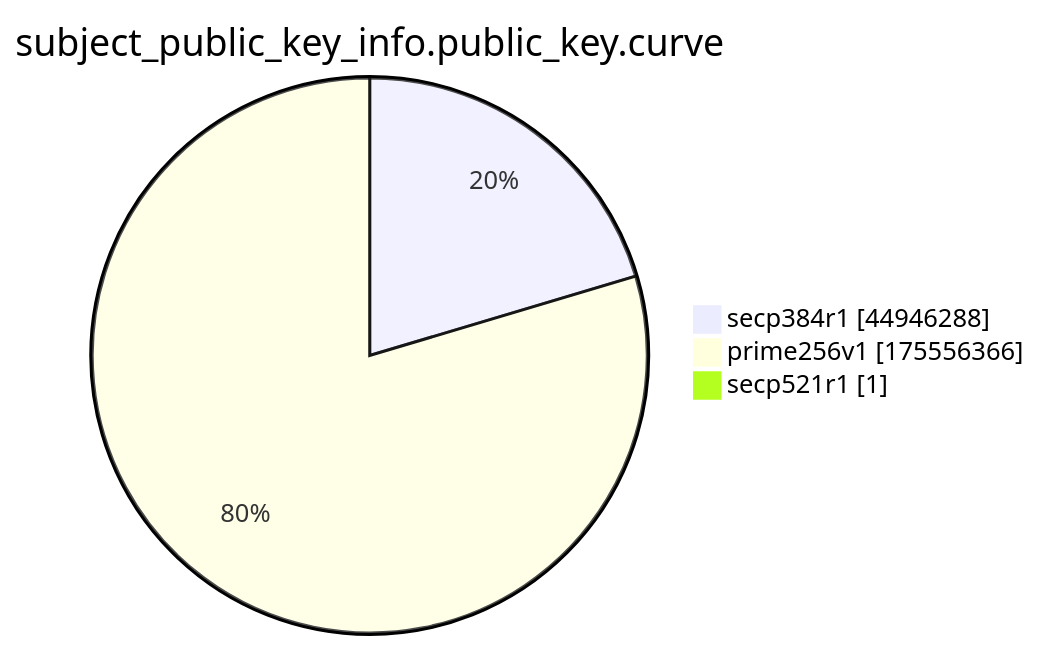
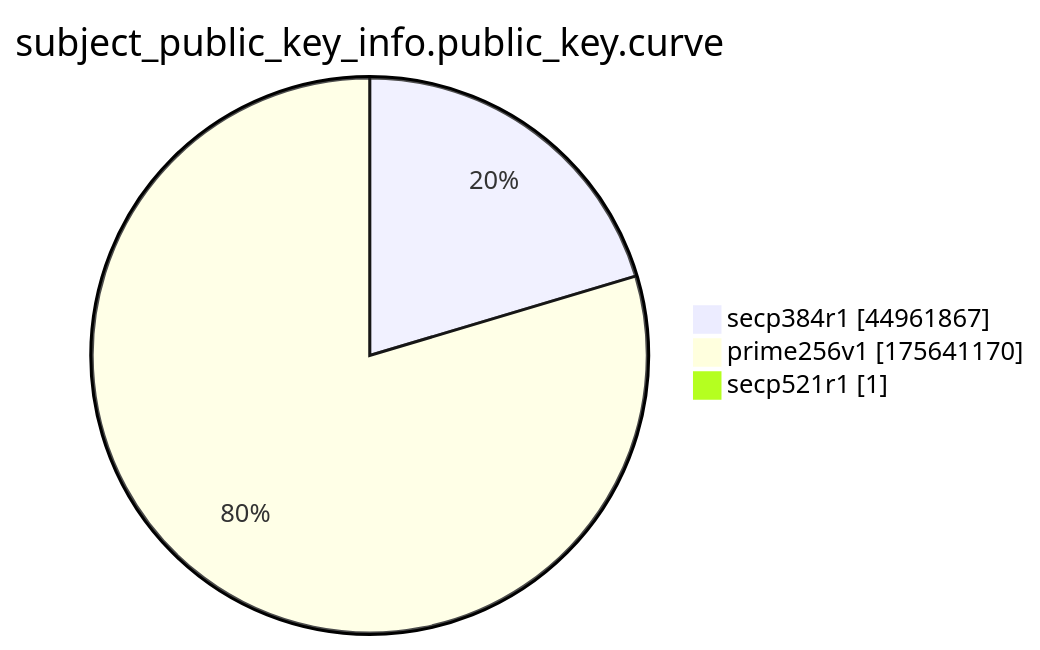
One commit to christiankrug/ctmonitor_visualization changed the ninth of 15 diagrams in xenon2022/README.md. Above: the diagram before and after it, drawn with Mermaid. The commit also changed other lines of this file, not shown here.

````diff
--- a/xenon2022/README.md
+++ b/xenon2022/README.md
@@ -2872,7 +2872,7 @@
 ```mermaid
 pie showData
 title subject_public_key_info.public_key.curve
-"secp384r1" :44946288
-"prime256v1" :175556366
+"secp384r1" :44961867
+"prime256v1" :175641170
 "secp521r1" :1
 ```
````
